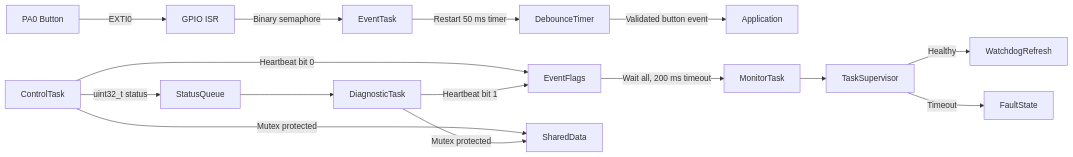
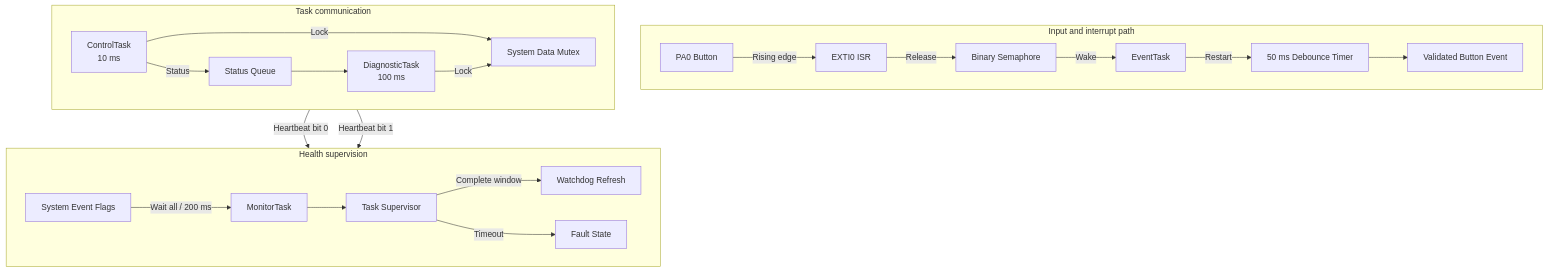
One commit to fanguoc2len/stm32-freertos-reliability changed the diagram in README.md. Above: the diagram before and after it, drawn with Mermaid.

Commit message:
Improve system architecture diagram

````diff
--- a/README.md
+++ b/README.md
@@ -10,21 +10,29 @@
 ```mermaid
-flowchart LR
-    GPIO[PA0 Button] -->|EXTI0| ISR[GPIO ISR]
-    ISR -->|Binary semaphore| EventTask
-    EventTask -->|Restart 50 ms timer| DebounceTimer
-    DebounceTimer -->|Validated button event| Application
+flowchart TB
+    subgraph INPUT["Input and interrupt path"]
+        direction LR
+        BTN["PA0 Button"] -->|Rising edge| ISR["EXTI0 ISR"]
+        ISR -->|Release| SEM["Binary Semaphore"]
+        SEM -->|Wake| EVT["EventTask"]
+        EVT -->|Restart| DB["50 ms Debounce Timer"]
+        DB --> APP["Validated Button Event"]
+    end
 
-    ControlTask -->|uint32_t status| StatusQueue
-    StatusQueue --> DiagnosticTask
+    subgraph COMM["Task communication"]
+        direction LR
+        CTRL["ControlTask<br/>10 ms"] -->|Status| QUEUE["Status Queue"]
+        QUEUE --> DIAG["DiagnosticTask<br/>100 ms"]
+        CTRL -->|Lock| MUTEX["System Data Mutex"]
+        DIAG -->|Lock| MUTEX
+    end
 
-    ControlTask -->|Heartbeat bit 0| EventFlags
-    DiagnosticTask -->|Heartbeat bit 1| EventFlags
-    EventFlags -->|Wait all, 200 ms timeout| MonitorTask
-
-    MonitorTask --> TaskSupervisor
-    TaskSupervisor -->|Healthy| WatchdogRefresh
-    TaskSupervisor -->|Timeout| FaultState
-
-    ControlTask -->|Mutex protected| SharedData
-    DiagnosticTask -->|Mutex protected| SharedData
+    subgraph HEALTH["Health supervision"]
+        direction LR
+        CTRL -->|Heartbeat bit 0| FLAGS["System Event Flags"]
+        DIAG -->|Heartbeat bit 1| FLAGS
+        FLAGS -->|Wait all / 200 ms| MON["MonitorTask"]
+        MON --> SUP["Task Supervisor"]
+        SUP -->|Complete window| WDG["Watchdog Refresh"]
+        SUP -->|Timeout| FAULT["Fault State"]
+    end
 ```
````
